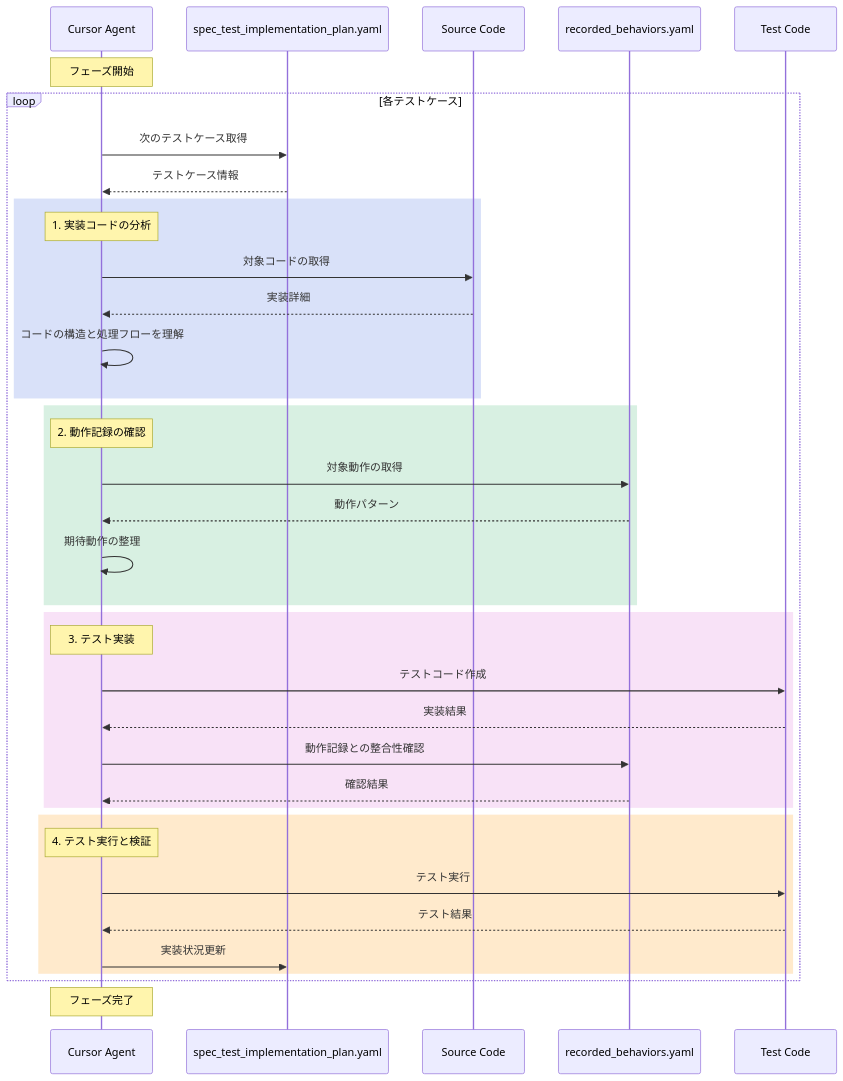
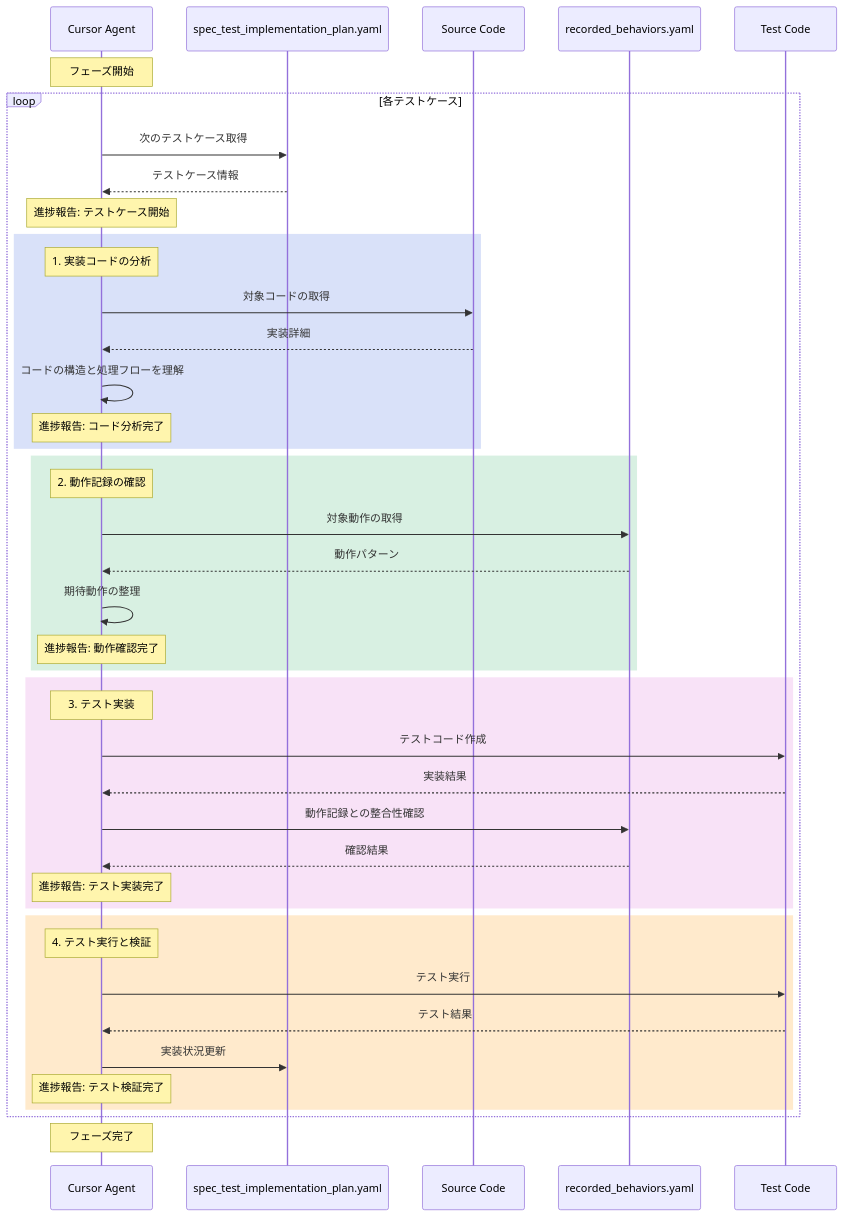
One commit to ryosuke911/WORKFLOW_SPEC_TEST changed the second of 2 diagrams in FLOW/WORKFLOW_SPEC_TEST_IMPLEMENTATION.md. Above: the diagram before and after it, drawn with Mermaid. The commit also changed other lines of this file, not shown here.

````diff
--- a/FLOW/WORKFLOW_SPEC_TEST_IMPLEMENTATION.md
+++ b/FLOW/WORKFLOW_SPEC_TEST_IMPLEMENTATION.md
@@ -144,46 +143,51 @@
 ```mermaid
 sequenceDiagram
     participant Agent as Cursor Agent
     participant Plan as spec_test_implementation_plan.yaml
     participant Source as Source Code
     participant Record as recorded_behaviors.yaml
     participant Test as Test Code
 
     Note over Agent: フェーズ開始
 
     loop 各テストケース
         Agent->>Plan: 次のテストケース取得
         Plan-->>Agent: テストケース情報
+        Note over Agent: 進捗報告: テストケース開始
 
         rect rgba(65, 105, 225, 0.2)
             Note over Agent: 1. 実装コードの分析
             Agent->>Source: 対象コードの取得
             Source-->>Agent: 実装詳細
             Agent->>Agent: コードの構造と処理フローを理解
+            Note over Agent: 進捗報告: コード分析完了
         end
 
         rect rgba(60, 179, 113, 0.2)
             Note over Agent: 2. 動作記録の確認
             Agent->>Record: 対象動作の取得
             Record-->>Agent: 動作パターン
             Agent->>Agent: 期待動作の整理
+            Note over Agent: 進捗報告: 動作確認完了
         end
 
         rect rgba(218, 112, 214, 0.2)
             Note over Agent: 3. テスト実装
             Agent->>Test: テストコード作成
             Test-->>Agent: 実装結果
             Agent->>Record: 動作記録との整合性確認
             Record-->>Agent: 確認結果
+            Note over Agent: 進捗報告: テスト実装完了
         end
 
         rect rgba(255, 152, 0, 0.2)
             Note over Agent: 4. テスト実行と検証
             Agent->>Test: テスト実行
             Test-->>Agent: テスト結果
             Agent->>Plan: 実装状況更新
+            Note over Agent: 進捗報告: テスト検証完了
         end
     end
 
     Note over Agent: フェーズ完了
 ```
````
